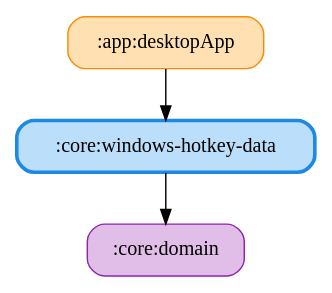
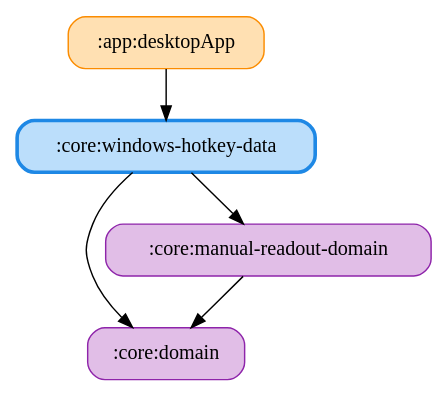
Before and after one commit to ai-kurou/KoDriver: the diagram in docs/graphs/core-windows-hotkey-data.gv, drawn with Graphviz. The commit also changed 58 other files, not shown here.

Commit message:
chore: update module graph images

```diff
--- a/docs/graphs/core-windows-hotkey-data.gv
+++ b/docs/graphs/core-windows-hotkey-data.gv
@@ -1,9 +1,12 @@
 digraph G {
   rankdir=TB
   node [shape=box, style="rounded,filled"]
   ":app:desktopApp" [fillcolor="#FFE0B2", color="#FB8C00", penwidth=1]
   ":core:domain" [fillcolor="#E1BEE7", color="#8E24AA", penwidth=1]
+  ":core:manual-readout-domain" [fillcolor="#E1BEE7", color="#8E24AA", penwidth=1]
   ":core:windows-hotkey-data" [fillcolor="#BBDEFB", color="#1E88E5", penwidth=2.5]
   ":app:desktopApp" -> ":core:windows-hotkey-data"
+  ":core:manual-readout-domain" -> ":core:domain"
   ":core:windows-hotkey-data" -> ":core:domain"
+  ":core:windows-hotkey-data" -> ":core:manual-readout-domain"
 }
```
